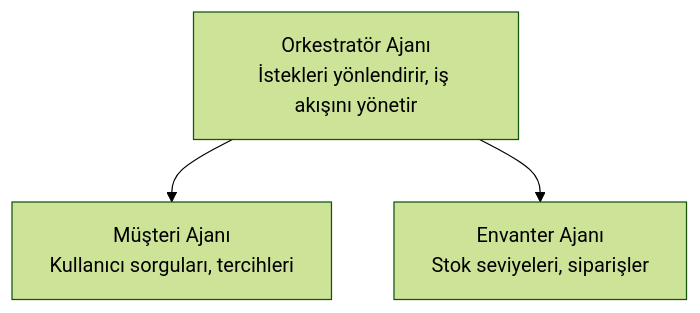
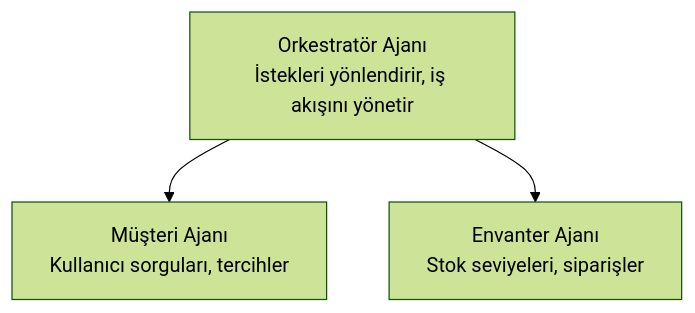
Before and after one commit to microsoft/AZD-for-beginners: the diagram in translations/tr/docs/chapter-05-multi-agent/README.md, drawn with Mermaid (forest theme). The commit also changed other lines of this file and 101 other files, not shown here.

````diff
--- a/translations/tr/docs/chapter-05-multi-agent/README.md
+++ b/translations/tr/docs/chapter-05-multi-agent/README.md
@@ -50,5 +52,5 @@
 ```mermaid
 graph TD
-    Orchestrator[Orkestratör Ajanı<br/>İstekleri yönlendirir, iş akışını yönetir] --> Customer[Müşteri Ajanı<br/>Kullanıcı sorguları, tercihleri]
+    Orchestrator[Orkestratör Ajanı<br/>İstekleri yönlendirir, iş akışını yönetir] --> Customer[Müşteri Ajanı<br/>Kullanıcı sorguları, tercihler]
     Orchestrator --> Inventory[Envanter Ajanı<br/>Stok seviyeleri, siparişler]
 ```
````
